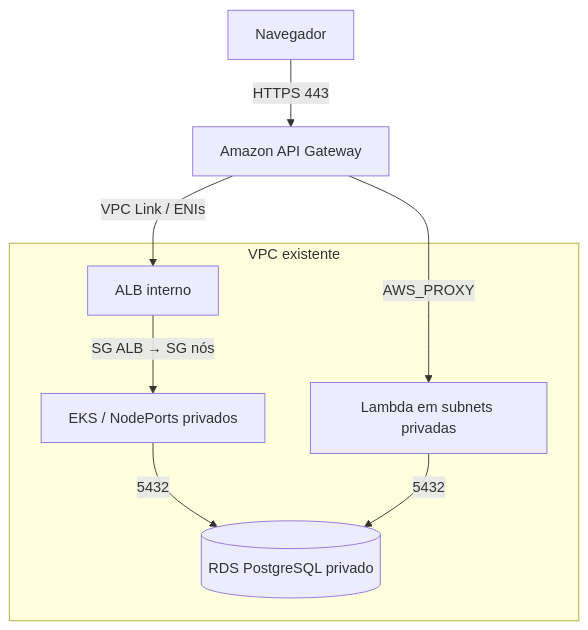
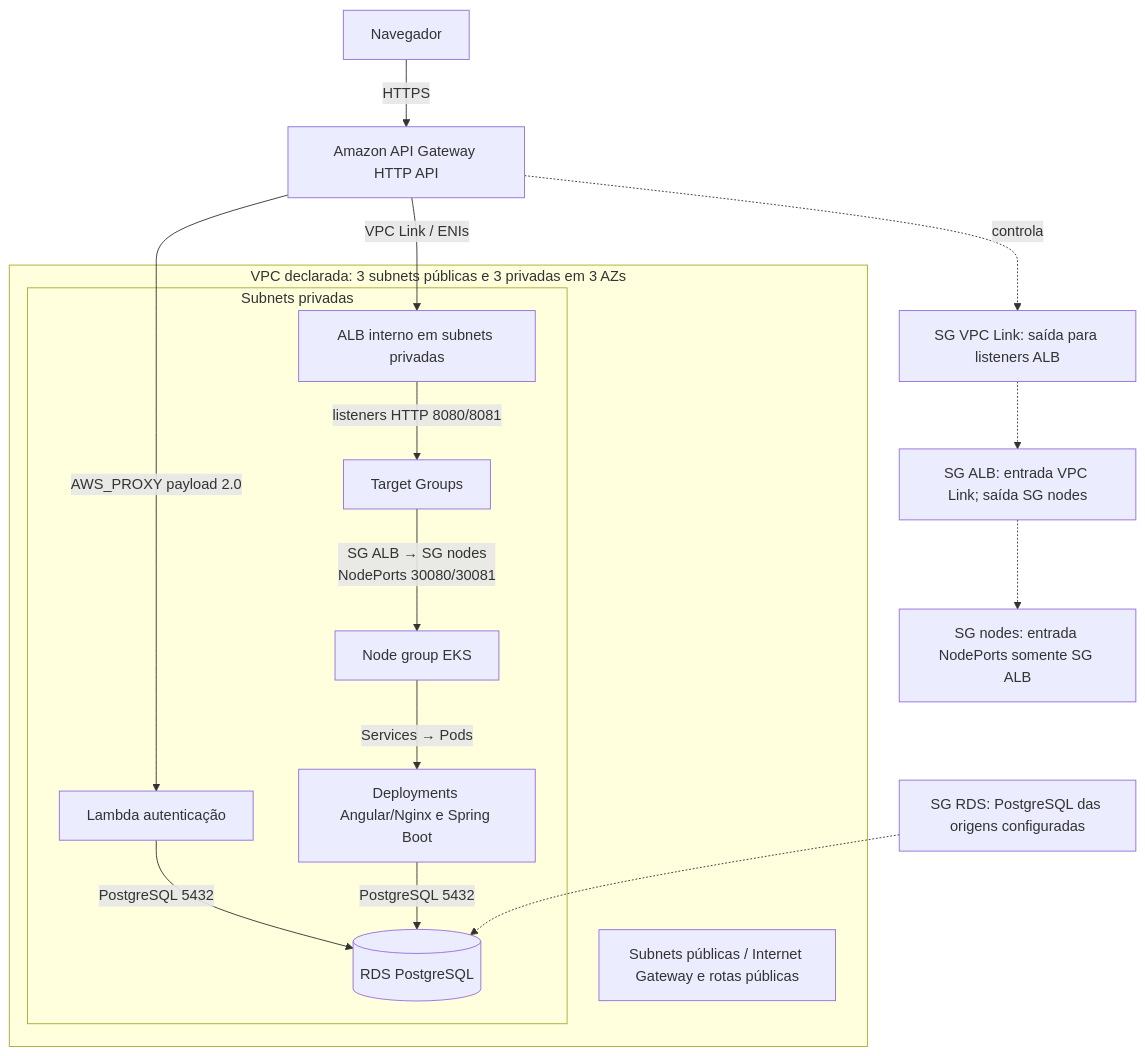
The seventh of 8 diagrams in docs/api-gateway/arquitetura.md (BrunoSousa06/autoflow-infra), drawn with Mermaid before and after one commit. The commit also changed other lines of this file and 5 other files, not shown here.

````diff
--- a/docs/api-gateway/arquitetura.md
+++ b/docs/api-gateway/arquitetura.md
@@ -109,11 +140,24 @@
 ```mermaid
 flowchart TB
-  Client[Navegador] -->|HTTPS 443| API[Amazon API Gateway]
-  API -->|AWS_PROXY| Lambda[Lambda em subnets privadas]
-  API -->|VPC Link / ENIs| ALB[ALB interno]
-  subgraph VPC[VPC existente]
-    ALB -->|SG ALB → SG nós| EKS[EKS / NodePorts privados]
-    EKS -->|5432| RDS[(RDS PostgreSQL privado)]
-    Lambda -->|5432| RDS
+  Client[Navegador] -->|HTTPS| API[Amazon API Gateway HTTP API]
+  API -->|AWS_PROXY payload 2.0| Lambda[Lambda autenticação]
+  API -->|VPC Link / ENIs| ALB[ALB interno em subnets privadas]
+  subgraph VPC[VPC declarada: 3 subnets públicas e 3 privadas em 3 AZs]
+    subgraph Privadas[Subnets privadas]
+      ALB -->|listeners HTTP 8080/8081| TG[Target Groups]
+      TG -->|SG ALB → SG nodes<br/>NodePorts 30080/30081| Nodes[Node group EKS]
+      Nodes -->|Services → Pods| Apps[Deployments Angular/Nginx e Spring Boot]
+      Lambda -->|PostgreSQL 5432| RDS[(RDS PostgreSQL)]
+      Apps -->|PostgreSQL 5432| RDS
+    end
+    Publicas[Subnets públicas / Internet Gateway e rotas públicas]
   end
+  LinkSG[SG VPC Link: saída para listeners ALB]
+  AlbSG[SG ALB: entrada VPC Link; saída SG nodes]
+  NodeSG[SG nodes: entrada NodePorts somente SG ALB]
+  DbSG[SG RDS: PostgreSQL das origens configuradas]
+  API -. controla .-> LinkSG
+  LinkSG -.-> AlbSG
+  AlbSG -.-> NodeSG
+  DbSG -.-> RDS
 ```
````
